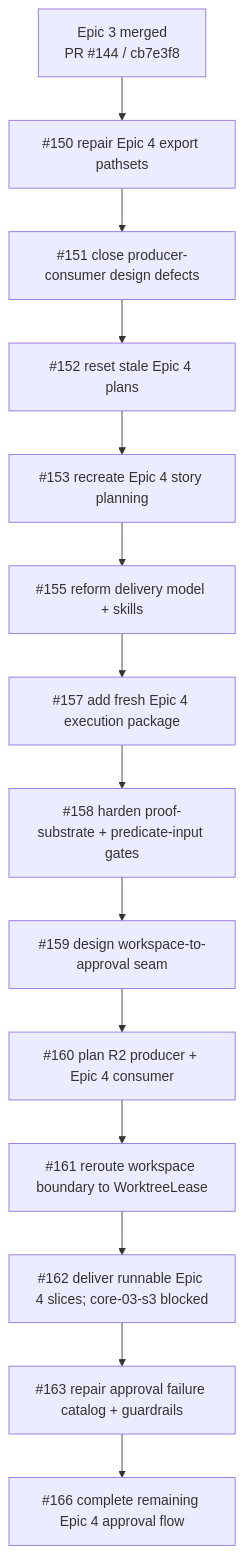
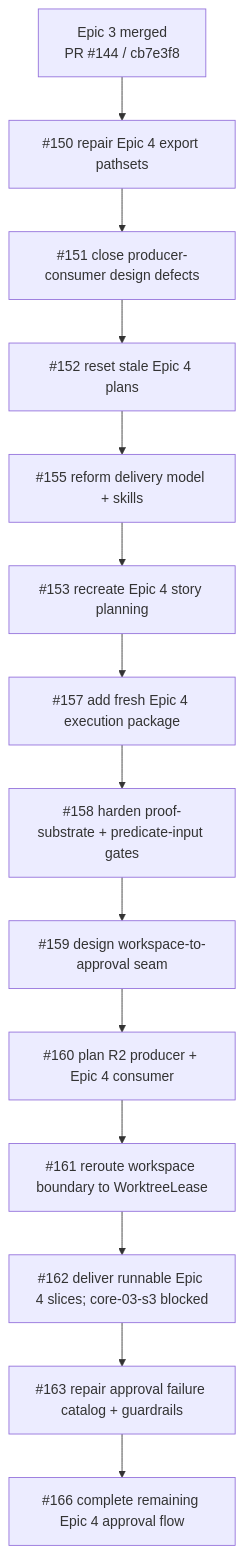
The first of 4 diagrams in docs/reviews/2026-06-26-epic-4-execution-blocker-patterns.md (aryeko/agentic-workflow-kit), drawn with Mermaid before and after one commit. The commit also changed other lines of this file and 26 other files, not shown here.

Commit message:
docs: harden epic 5 planning readiness

````diff
--- a/docs/reviews/2026-06-26-epic-4-execution-blocker-patterns.md
+++ b/docs/reviews/2026-06-26-epic-4-execution-blocker-patterns.md
@@ -57,16 +57,16 @@
 ```mermaid
 flowchart TD
   E3["Epic 3 merged<br/>PR #144 / cb7e3f8"] --> P150["#150 repair Epic 4 export pathsets"]
   P150 --> P151["#151 close producer-consumer design defects"]
   P151 --> P152["#152 reset stale Epic 4 plans"]
-  P152 --> P153["#153 recreate Epic 4 story planning"]
-  P153 --> P155["#155 reform delivery model + skills"]
-  P155 --> P157["#157 add fresh Epic 4 execution package"]
+  P152 --> P155["#155 reform delivery model + skills"]
+  P155 --> P153["#153 recreate Epic 4 story planning"]
+  P153 --> P157["#157 add fresh Epic 4 execution package"]
   P157 --> P158["#158 harden proof-substrate + predicate-input gates"]
   P158 --> P159["#159 design workspace-to-approval seam"]
   P159 --> P160["#160 plan R2 producer + Epic 4 consumer"]
   P160 --> P161["#161 reroute workspace boundary to WorktreeLease"]
   P161 --> P162["#162 deliver runnable Epic 4 slices; core-03-s3 blocked"]
   P162 --> P163["#163 repair approval failure catalog + guardrails"]
   P163 --> P166["#166 complete remaining Epic 4 approval flow"]
 ```
````
